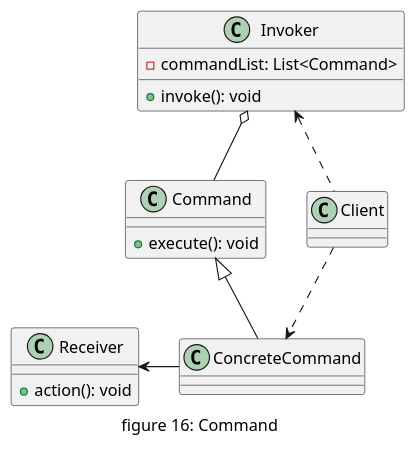
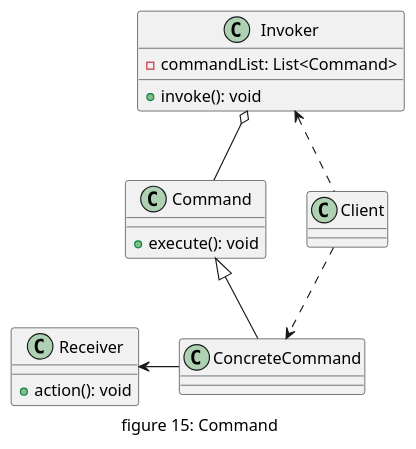
One commit to daileyet/designpattern4cplusplus changed the diagram in doc/uml/15_command.pu. Above: the diagram before and after it, drawn with PlantUML. The commit also changed 11 other files, not shown here.

```diff
--- a/doc/uml/15_command.pu
+++ b/doc/uml/15_command.pu
@@ -1,26 +1,26 @@
 @startuml "figure15_command"
-caption figure 16: Command
+caption figure 15: Command
 
 class Command{
     + execute(): void
 }
 
 class ConcreteCommand{}
 
 class Invoker{
     - commandList: List<Command>
     + invoke(): void
 }
 
 class Receiver{
     + action(): void
 }
 
 class Client{}
 
 Command <|-- ConcreteCommand
 Invoker o-right- Command
 Receiver  <-right- ConcreteCommand
 Client .up.> Invoker
 Client ..> ConcreteCommand
 @enduml
```
